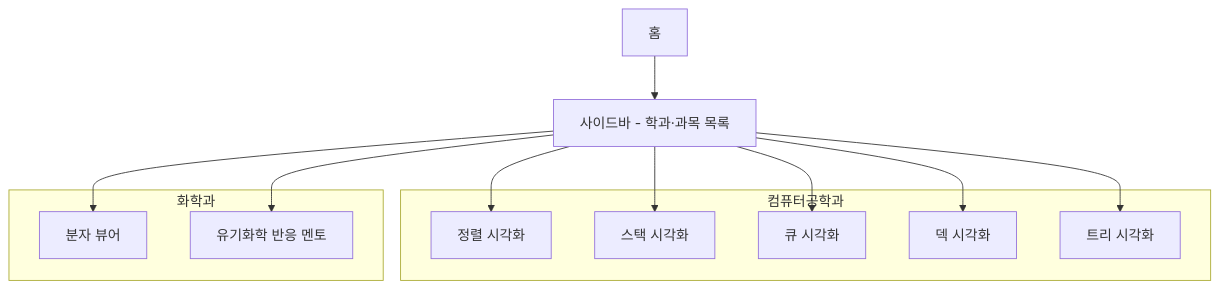
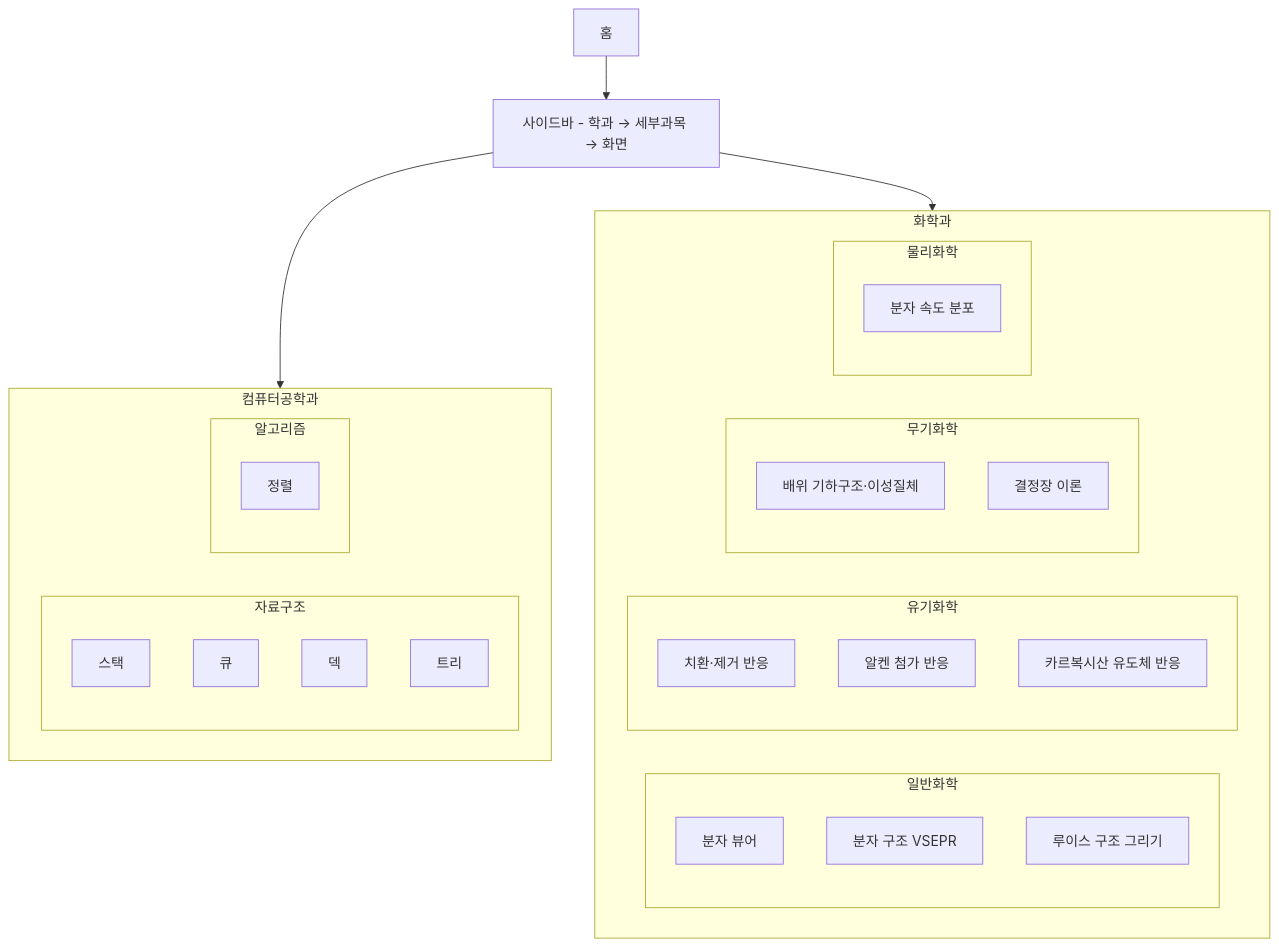
One commit to Mureung1/hub-showcase changed the first of 2 diagrams in 기획서.md. Above: the diagram before and after it, drawn with Mermaid. The commit also changed other lines of this file and 27 other files, not shown here.

First line of the commit message:
사이드바 3단계 구조 재구성 + 화학과 신규 화면 3종 + 물리화학 착수

````diff
--- a/기획서.md
+++ b/기획서.md
@@ -39,25 +39,39 @@
 ```mermaid
 flowchart TD
-    Home[홈] --> Sidebar[사이드바 - 학과·과목 목록]
+    Home[홈] --> Sidebar[사이드바 - 학과 → 세부과목 → 화면]
 
     subgraph CS[컴퓨터공학과]
-        Sort[정렬 시각화]
-        Stack[스택 시각화]
-        Queue[큐 시각화]
-        Deque[덱 시각화]
-        Tree[트리 시각화]
+        subgraph CSData[자료구조]
+            Stack[스택]
+            Queue[큐]
+            Deque[덱]
+            Tree[트리]
+        end
+        subgraph CSAlgo[알고리즘]
+            Sort[정렬]
+        end
     end
 
     subgraph Chem[화학과]
-        Molecule[분자 뷰어]
-        Organic[유기화학 반응 멘토]
+        subgraph ChemGen[일반화학]
+            Molecule[분자 뷰어]
+            Vsepr[분자 구조 VSEPR]
+            Lewis[루이스 구조 그리기]
+        end
+        subgraph ChemOrg[유기화학]
+            SubElim[치환·제거 반응]
+            AlkeneAdd[알켄 첨가 반응]
+            AcylSub[카르복시산 유도체 반응]
+        end
+        subgraph ChemInorg[무기화학]
+            Geometry[배위 기하구조·이성질체]
+            CrystalField[결정장 이론]
+        end
+        subgraph ChemPhys[물리화학]
+            SpeedDist[분자 속도 분포]
+        end
     end
 
-    Sidebar --> Sort
-    Sidebar --> Stack
-    Sidebar --> Queue
-    Sidebar --> Deque
-    Sidebar --> Tree
-    Sidebar --> Molecule
-    Sidebar --> Organic
+    Sidebar --> CS
+    Sidebar --> Chem
 ```
````
